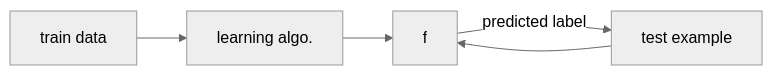
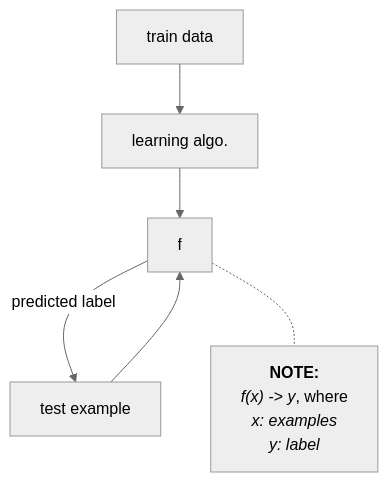
The diagram in notes/00. ML Overview.md (nkarl/wsu-cpts-437-machine-learning), drawn with Mermaid (neutral theme) before and after one commit. The commit also changed other lines of this file and 3 other files, not shown here.

````diff
--- a/notes/00. ML Overview.md
+++ b/notes/00. ML Overview.md
@@ -73,6 +72,6 @@
 ```mermaid
-graph LR
+graph TD
 	1[train data] --> 2[learning algo.] --> 3[f]
 	3 --predicted label--> 4[test example] --> 3
-    
+	3 -.- 5["<strong>NOTE:</strong><br><em>f(x) -> y</em>, where<br><em>x: examples</em><br><em>y: label</em>"]
 ```
````
